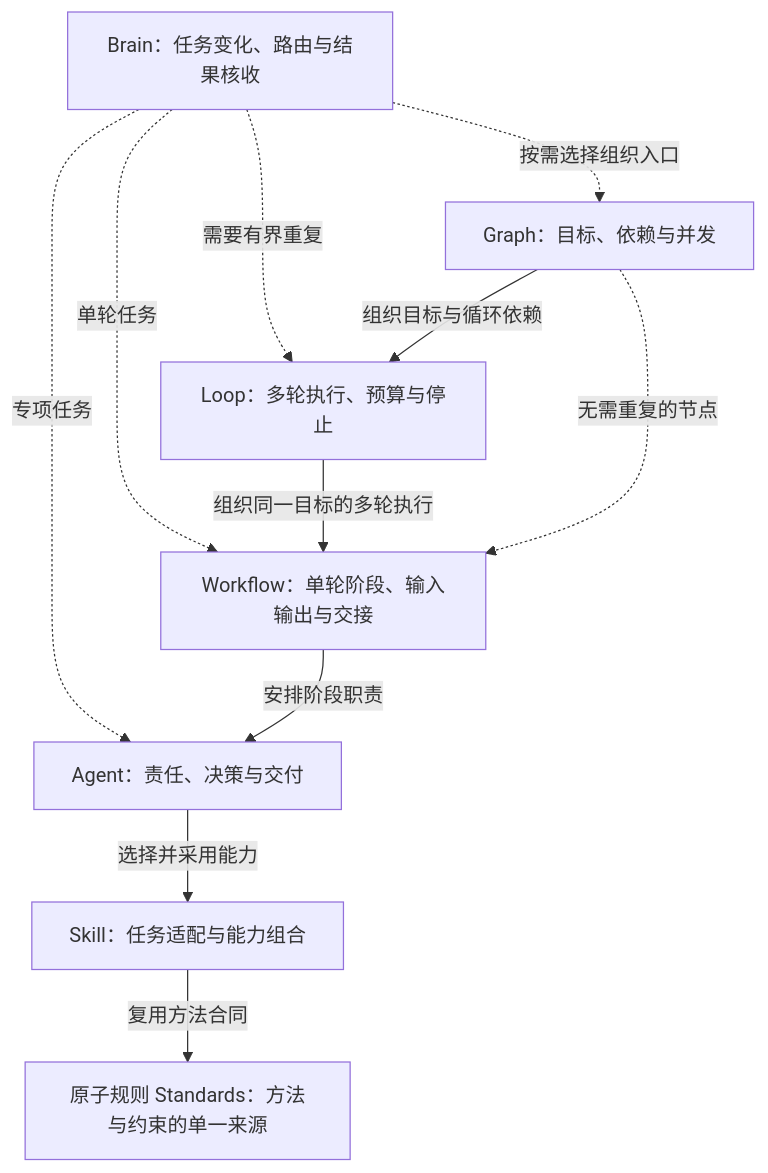
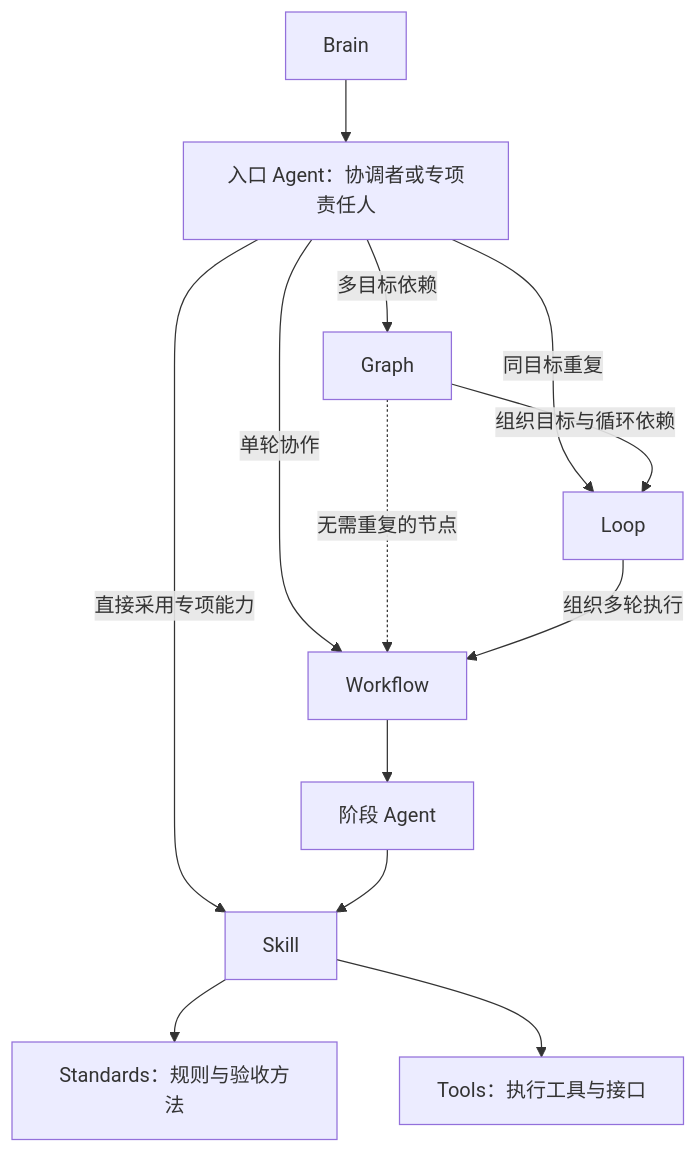
Before and after one commit to Lanqiao-Luca/ai-java-workflow: the second of 3 diagrams in README.md, drawn with Mermaid. The commit also changed other lines of this file and 31 other files, not shown here.

Commit message:
feat: add Agent-led execution templates across workflow layers

````diff
--- a/README.md
+++ b/README.md
@@ -13,13 +29,15 @@
 ```mermaid
 flowchart TD
-    B["Brain：任务变化、路由与结果核收"] -.->|按需选择组织入口| G
-    B -.->|需要有界重复| L
-    B -.->|单轮任务| W
-    B -.->|专项任务| A
-    G["Graph：目标、依赖与并发"] -->|组织目标与循环依赖| L["Loop：多轮执行、预算与停止"]
-    L -->|组织同一目标的多轮执行| W["Workflow：单轮阶段、输入输出与交接"]
+    B[Brain] --> C["入口 Agent：协调者或专项责任人"]
+    C -->|多目标依赖| G[Graph]
+    C -->|同目标重复| L[Loop]
+    C -->|单轮协作| W[Workflow]
+    G -->|组织目标与循环依赖| L
     G -.->|无需重复的节点| W
-    W -->|安排阶段职责| A["Agent：责任、决策与交付"]
-    A -->|选择并采用能力| S["Skill：任务适配与能力组合"]
-    S -->|复用方法合同| P["原子规则 Standards：方法与约束的单一来源"]
+    L -->|组织多轮执行| W
+    W --> E[阶段 Agent]
+    C -->|直接采用专项能力| S[Skill]
+    E --> S
+    S --> P["Standards：规则与验收方法"]
+    S --> T["Tools：执行工具与接口"]
 ```
````
